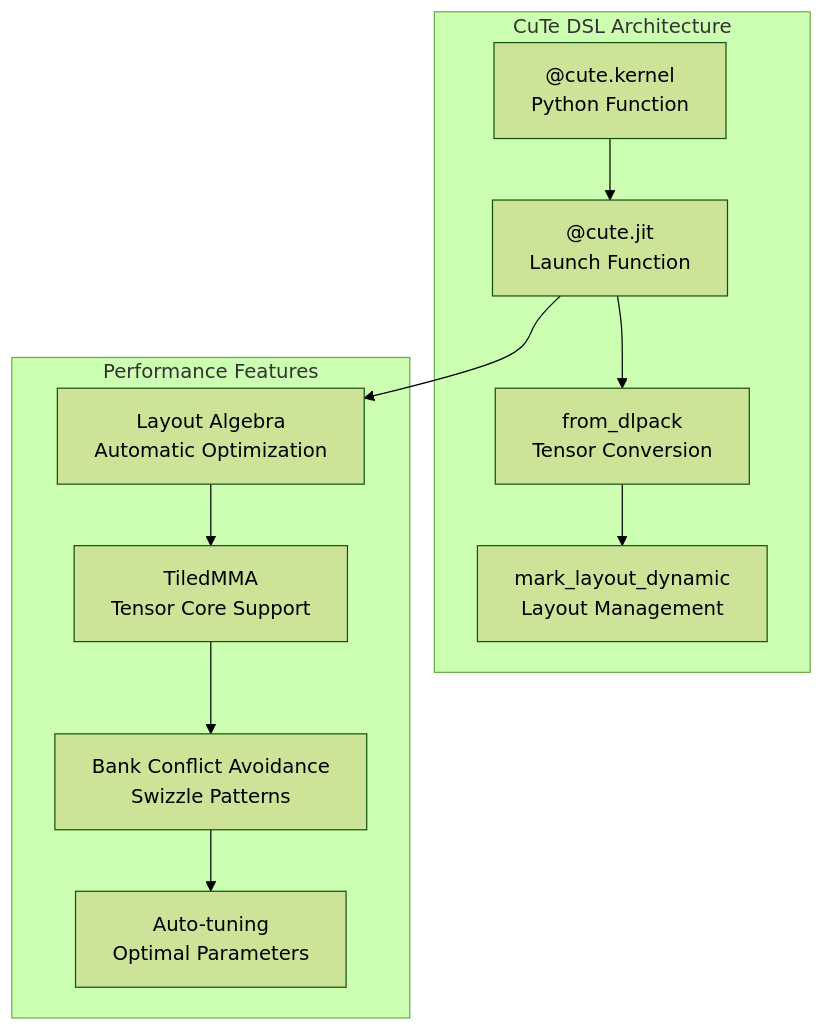
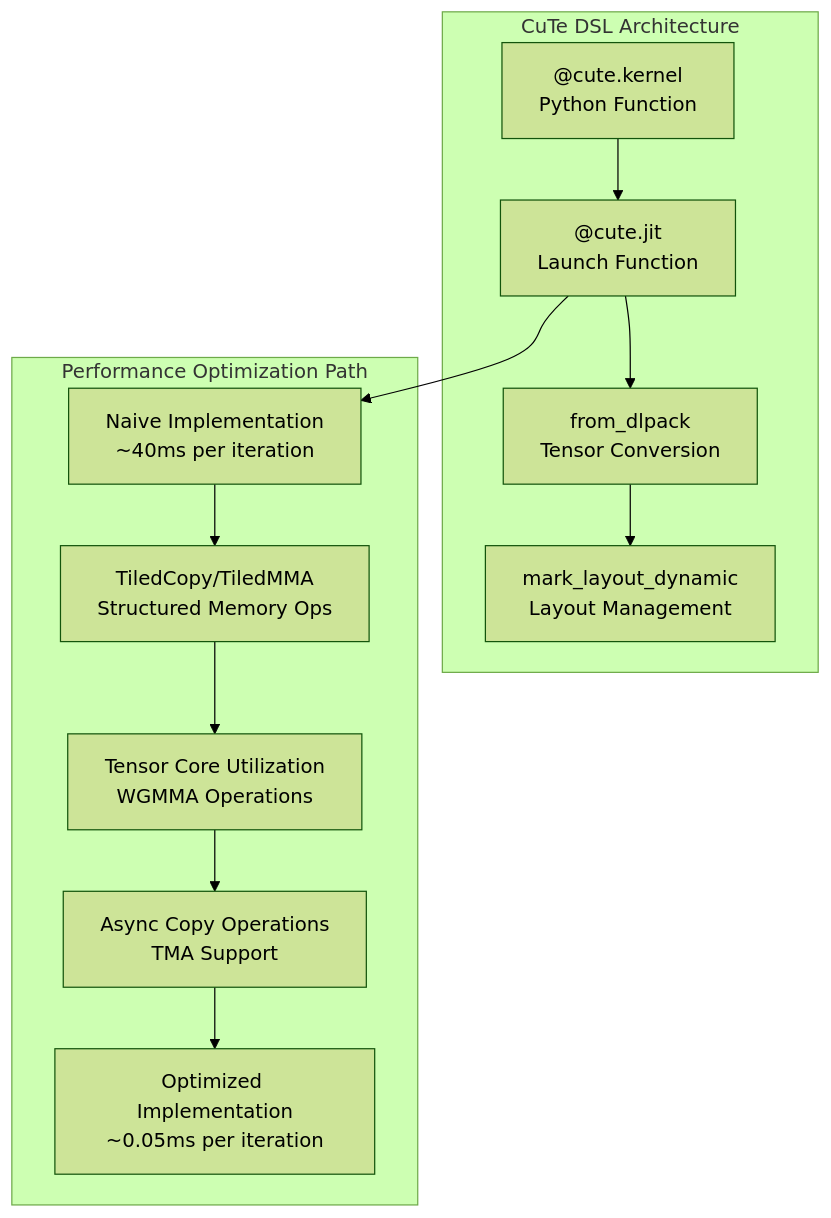
Before and after one commit to gugudeshubao/flashinfer-bench-tma-thrust: the sixth of 7 diagrams in .qoder/repowiki/en/content/Core Kernels/Core Kernels.md, drawn with Mermaid (forest theme). The commit also changed other lines of this file and 25 other files, not shown here.

````diff
--- a/.qoder/repowiki/en/content/Core Kernels/Core Kernels.md
+++ b/.qoder/repowiki/en/content/Core Kernels/Core Kernels.md
@@ -711,17 +761,18 @@
 ```mermaid
 graph TB
 subgraph "CuTe DSL Architecture"
 Kernel_Def["@cute.kernel<br/>Python Function"]
 Host_Launch["@cute.jit<br/>Launch Function"]
 Tensor_Conv["from_dlpack<br/>Tensor Conversion"]
 Layout_Manage["mark_layout_dynamic<br/>Layout Management"]
 end
-subgraph "Performance Features"
-Layout_Algebra["Layout Algebra<br/>Automatic Optimization"]
-TiledMMA["TiledMMA<br/>Tensor Core Support"]
-Bank_Avoid["Bank Conflict Avoidance<br/>Swizzle Patterns"]
-Auto_Tune["Auto-tuning<br/>Optimal Parameters"]
+subgraph "Performance Optimization Path"
+Naive_Impl["Naive Implementation<br/>~40ms per iteration"]
+TiledCopy["TiledCopy/TiledMMA<br/>Structured Memory Ops"]
+Tensor_Core["Tensor Core Utilization<br/>WGMMA Operations"]
+Async_Copy["Async Copy Operations<br/>TMA Support"]
+Optimized_Impl["Optimized Implementation<br/>~0.05ms per iteration"]
 end
 Kernel_Def --> Host_Launch --> Tensor_Conv --> Layout_Manage
-Host_Launch --> Layout_Algebra --> TiledMMA --> Bank_Avoid --> Auto_Tune
+Host_Launch --> Naive_Impl --> TiledCopy --> Tensor_Core --> Async_Copy --> Optimized_Impl
 ```
````
